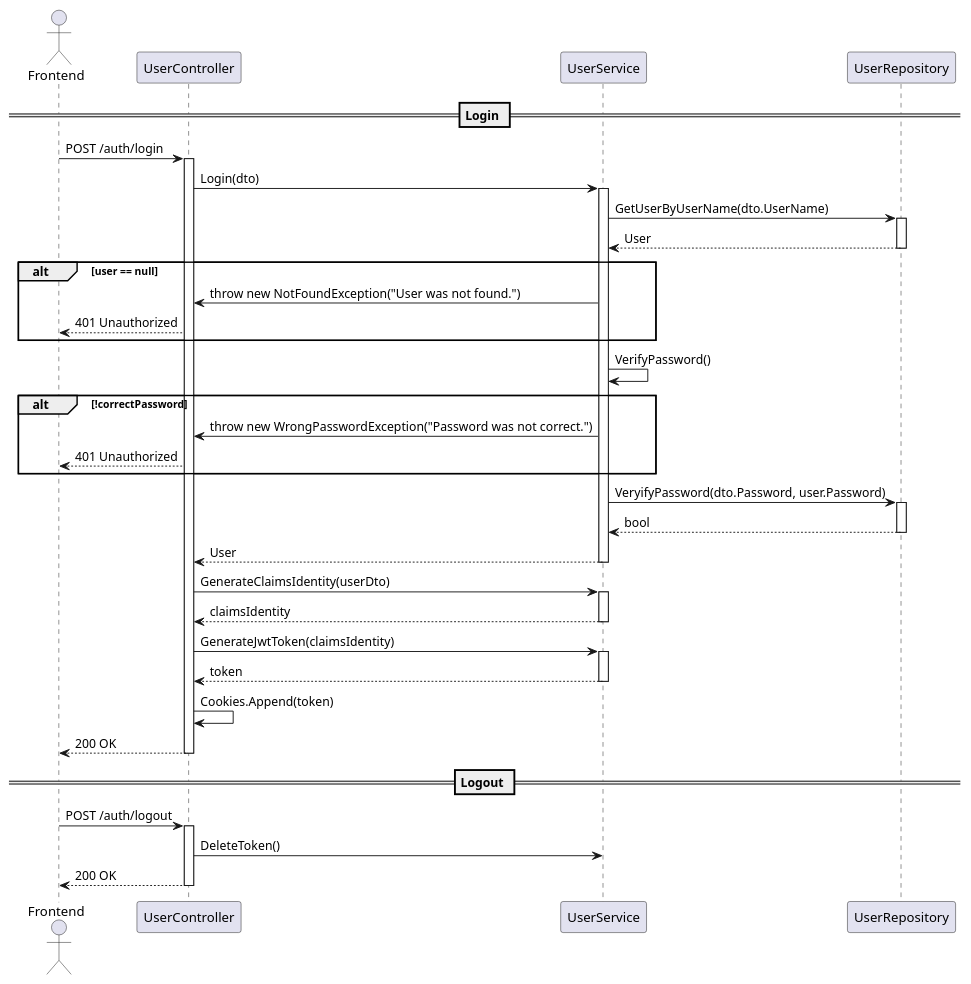
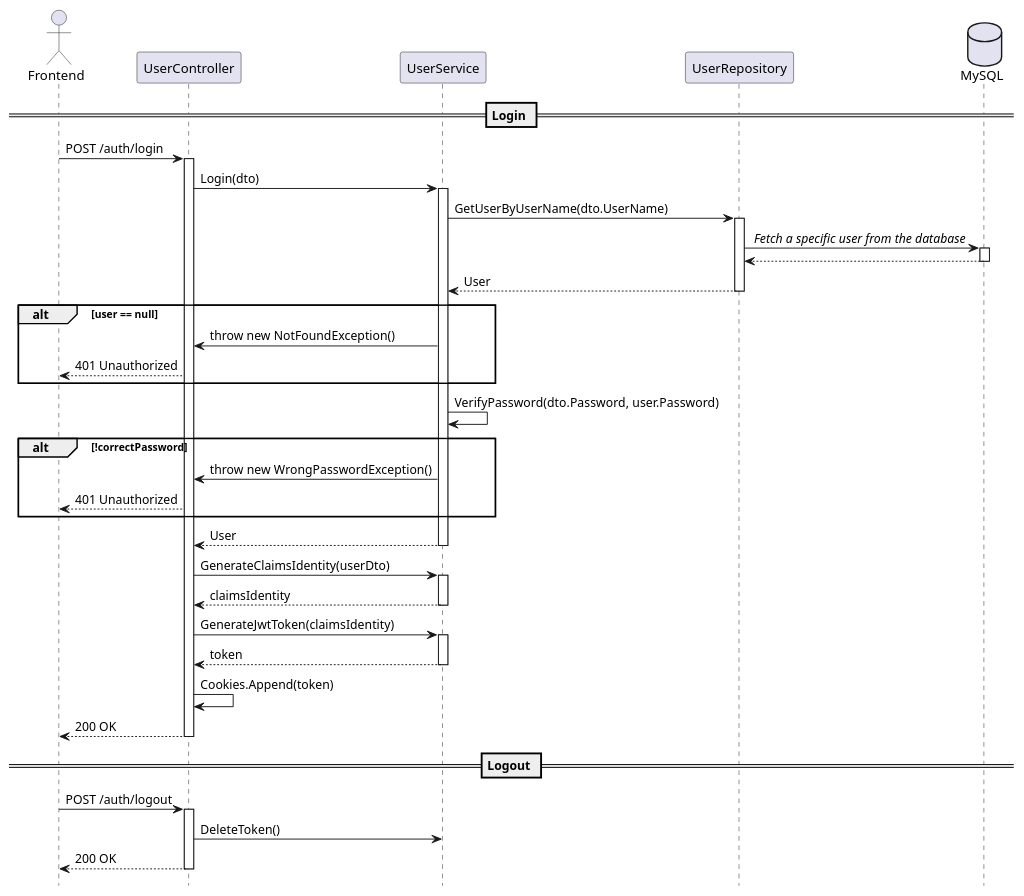
One commit to nohns/semesterproject4 changed the diagram in diagrams/bevpayapi_auth_sqdiagram.puml. Above: the diagram before and after it, drawn with PlantUML. The commit also changed 2 other files, not shown here.

Commit message:
added database and calls as well misc changes

```diff
--- a/diagrams/bevpayapi_auth_sqdiagram.puml
+++ b/diagrams/bevpayapi_auth_sqdiagram.puml
@@ -1,52 +1,55 @@
 @startuml bevpayapi
 Actor Frontend as frontend
 participant UserController as usercontroller
 participant UserService as userserv
 participant UserRepository as userrepo
+database MySQL as database
+
+hide footbox
 
 == Login ==
 
 frontend -> usercontroller: POST /auth/login
 activate usercontroller
 usercontroller -> userserv: Login(dto)
 activate userserv
 userserv -> userrepo: GetUserByUserName(dto.UserName)
 activate userrepo
+userrepo -> database: // Fetch a specific user from the database //
+activate database
+database --> userrepo
+deactivate database
 userrepo --> userserv: User
 deactivate userrepo
 alt user == null
-userserv -> usercontroller:  throw new NotFoundException("User was not found.")
+userserv -> usercontroller:  throw new NotFoundException()
 usercontroller --> frontend: 401 Unauthorized
 end
-userserv -> userserv: VerifyPassword()
+userserv -> userserv: VerifyPassword(dto.Password, user.Password)
 alt !correctPassword
-userserv -> usercontroller: throw new WrongPasswordException("Password was not correct.")
+userserv -> usercontroller: throw new WrongPasswordException()
 usercontroller --> frontend: 401 Unauthorized
 end
-userserv -> userrepo: VeryifyPassword(dto.Password, user.Password)
-activate userrepo
-userrepo --> userserv: bool
-deactivate userrepo
 userserv --> usercontroller: User
 deactivate userserv
 usercontroller -> userserv: GenerateClaimsIdentity(userDto)
 activate userserv
 userserv --> usercontroller: claimsIdentity
 deactivate userserv
 usercontroller -> userserv: GenerateJwtToken(claimsIdentity)
 activate userserv
 userserv --> usercontroller: token
 deactivate userserv
 usercontroller -> usercontroller: Cookies.Append(token)
 usercontroller --> frontend: 200 OK
 deactivate usercontroller
 
 == Logout ==
 
 frontend -> usercontroller: POST /auth/logout
 activate usercontroller
 usercontroller -> userserv: DeleteToken() 
 usercontroller --> frontend: 200 OK
 deactivate usercontroller
 
 @enduml
```
